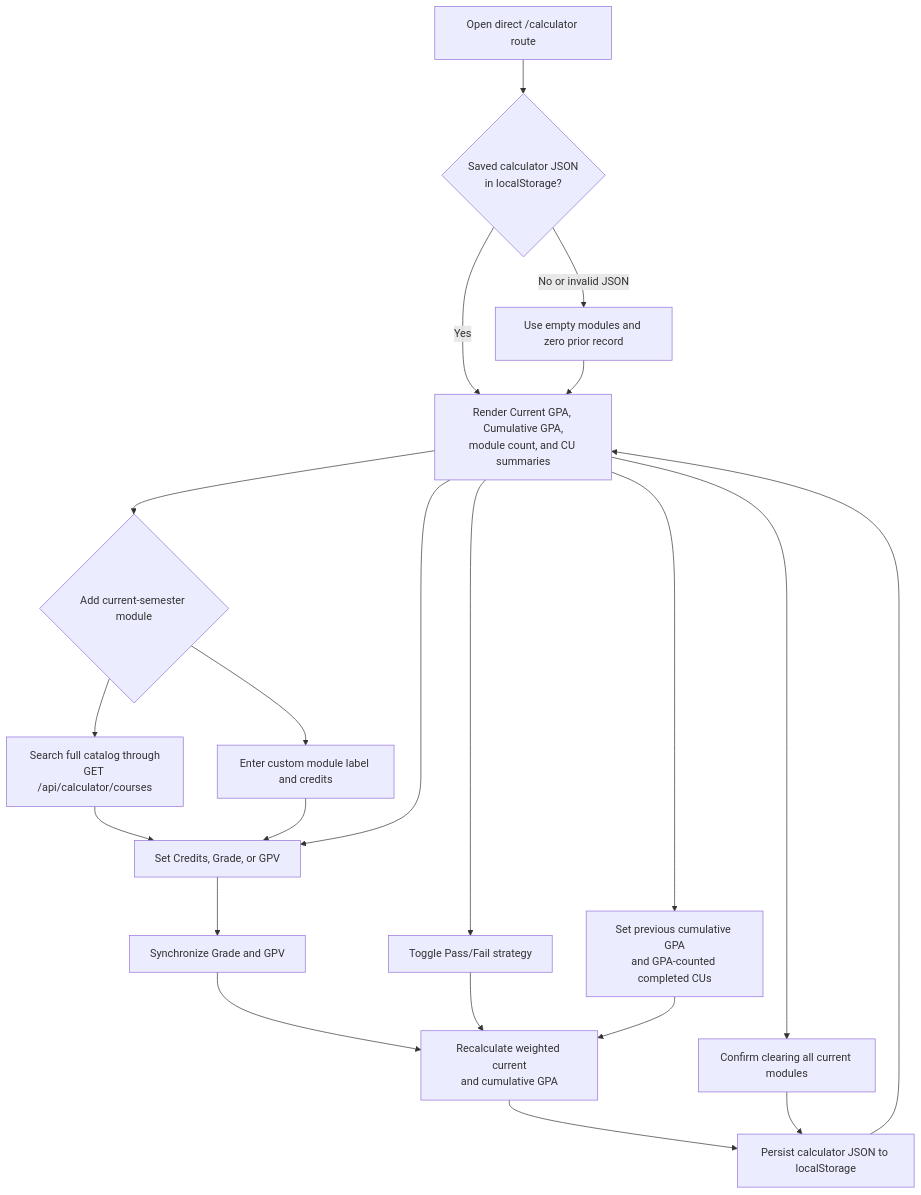
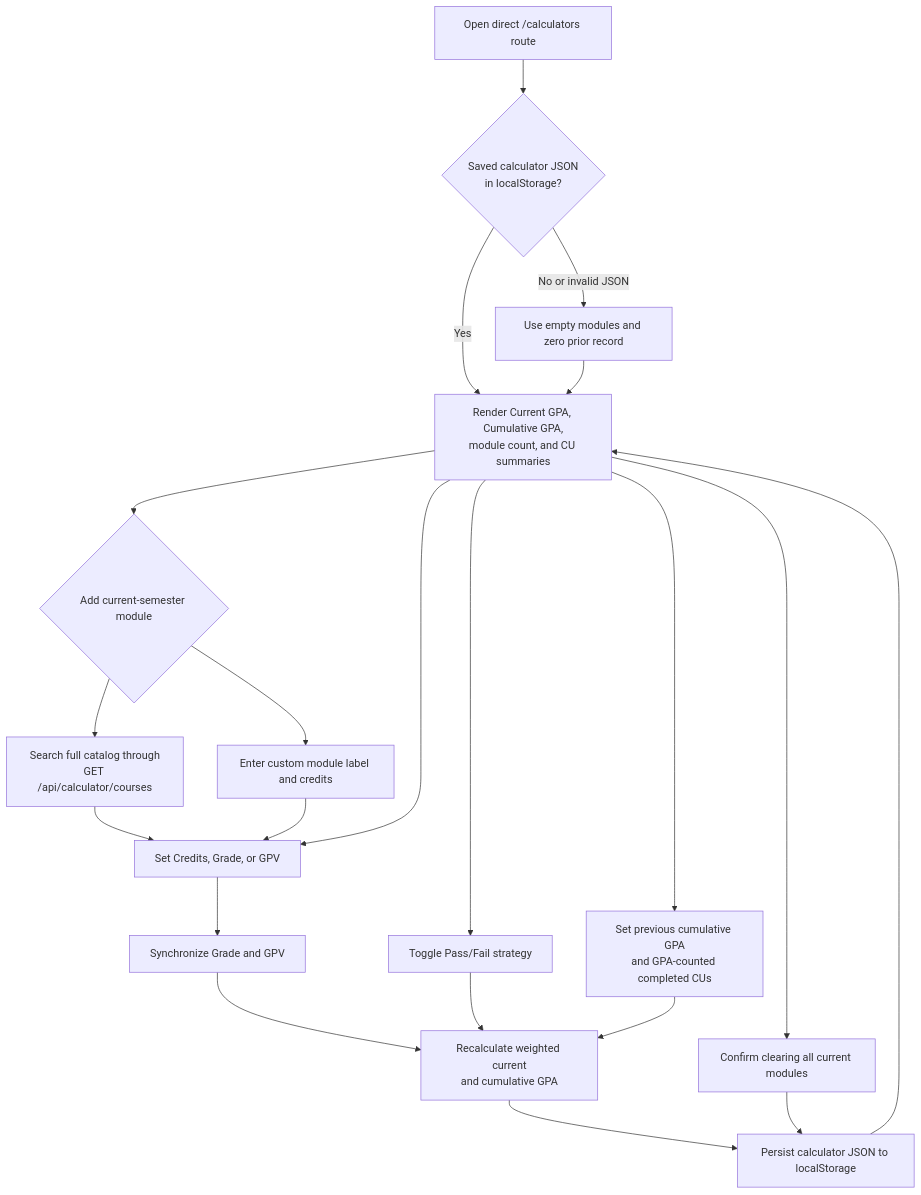
One commit to lester-td/SUSSplanner changed the sixth of 14 diagrams in docs/DeveloperGuide.md. Above: the diagram before and after it, drawn with Mermaid. The commit also changed other lines of this file and 6 other files, not shown here.

````diff
--- a/docs/DeveloperGuide.md
+++ b/docs/DeveloperGuide.md
@@ -693,38 +693,38 @@
 ```mermaid
 flowchart TD
-    Open["Open direct /calculator route"]
+    Open["Open direct /calculators route"]
     Restore{"Saved calculator JSON<br/>in localStorage?"}
     Empty["Use empty modules and zero prior record"]
     Ready["Render Current GPA, Cumulative GPA,<br/>module count, and CU summaries"]
     Add{"Add current-semester module"}
     Catalog["Search full catalog through<br/>GET /api/calculator/courses"]
     Custom["Enter custom module label and credits"]
     Grade["Set Credits, Grade, or GPV"]
     Sync["Synchronize Grade and GPV"]
     PF["Toggle Pass/Fail strategy"]
     Prior["Set previous cumulative GPA<br/>and GPA-counted completed CUs"]
     Calculate["Recalculate weighted current<br/>and cumulative GPA"]
     Persist["Persist calculator JSON to localStorage"]
     Clear["Confirm clearing all current modules"]
 
     Open --> Restore
     Restore -->|No or invalid JSON| Empty
     Restore -->|Yes| Ready
     Empty --> Ready
     Ready --> Add
     Add --> Catalog
     Add --> Custom
     Catalog --> Grade
     Custom --> Grade
     Ready --> Grade
     Grade --> Sync
     Sync --> Calculate
     Ready --> PF
     PF --> Calculate
     Ready --> Prior
     Prior --> Calculate
     Calculate --> Persist
     Persist --> Ready
     Ready --> Clear
     Clear --> Persist
 ```
````
